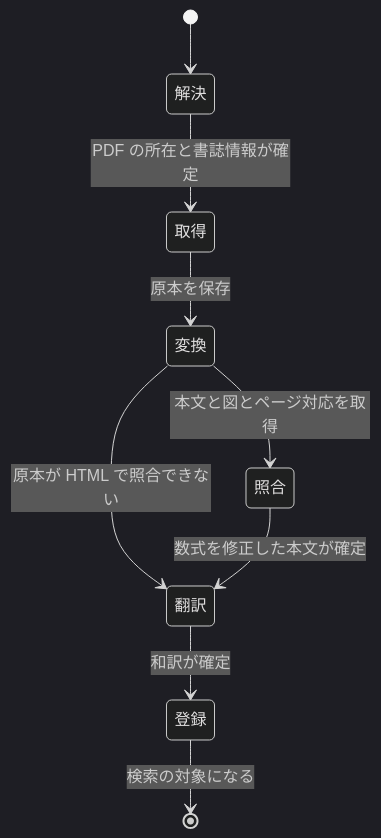
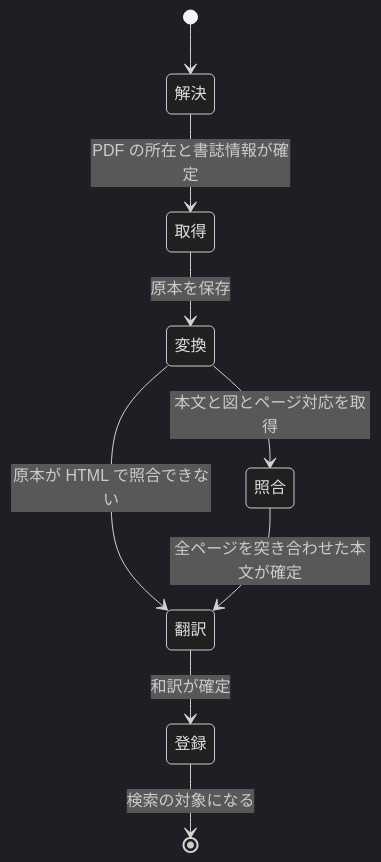
The diagram in docs/design/0004_paper_ingestion_and_feed.md (MatchaChoco010/carrel), drawn with Mermaid (dark theme) before and after one commit. The commit also changed other lines of this file and 4 other files, not shown here.

````diff
--- a/docs/design/0004_paper_ingestion_and_feed.md
+++ b/docs/design/0004_paper_ingestion_and_feed.md
@@ -67,11 +82,11 @@
 ```mermaid
 stateDiagram-v2
     [*] --> 解決
     解決 --> 取得: PDF の所在と書誌情報が確定
     取得 --> 変換: 原本を保存
     変換 --> 照合: 本文と図とページ対応を取得
     変換 --> 翻訳: 原本が HTML で照合できない
-    照合 --> 翻訳: 数式を修正した本文が確定
+    照合 --> 翻訳: 全ページを突き合わせた本文が確定
     翻訳 --> 登録: 和訳が確定
     登録 --> [*]: 検索の対象になる
 ```
````
